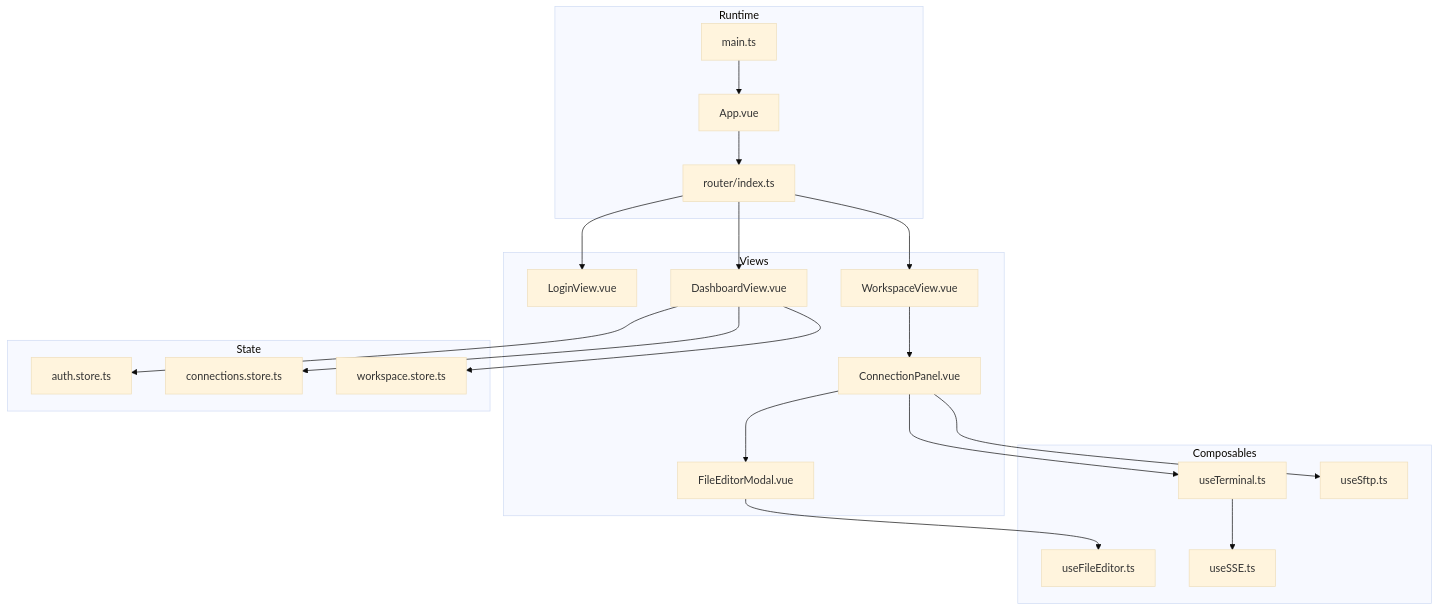
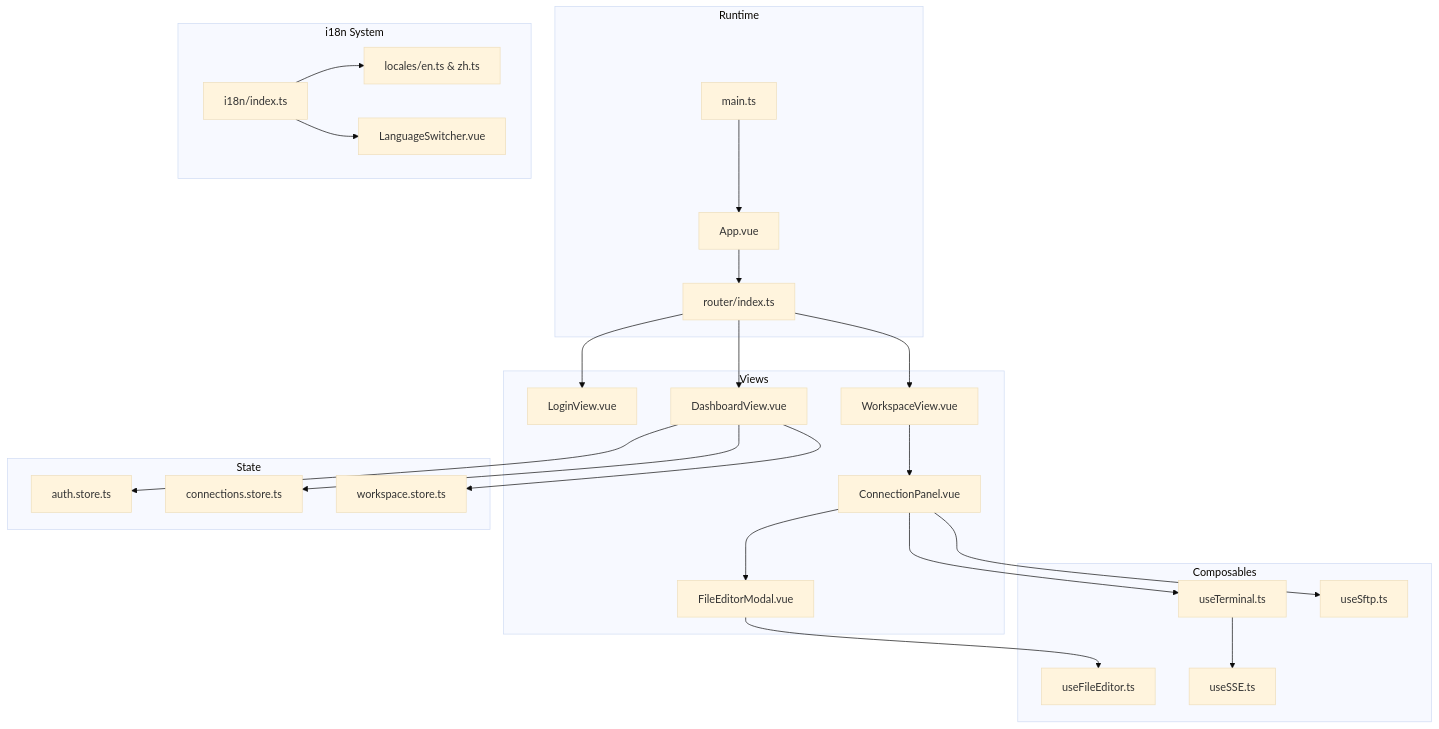
Before and after one commit to alickjoe/webterm: the first of 10 diagrams in .qoder/repowiki/en/content/Frontend Application Architecture/Frontend Application Architecture.md, drawn with Mermaid (base theme). The commit also changed other lines of this file and 3 other files, not shown here.

First line of the commit message:
docs(architecture): 更新架构概览文档内容排版和格式

````diff
--- a/.qoder/repowiki/en/content/Frontend Application Architecture/Frontend Application Architecture.md
+++ b/.qoder/repowiki/en/content/Frontend Application Architecture/Frontend Application Architecture.md
@@ -46,40 +60,47 @@
 ```mermaid
 graph TB
 subgraph "Runtime"
 A_App["App.vue"]
 A_Main["main.ts"]
 R_Index["router/index.ts"]
 end
 subgraph "Views"
 V_Login["LoginView.vue"]
 V_Dash["DashboardView.vue"]
 V_WS["WorkspaceView.vue"]
 V_CP["ConnectionPanel.vue"]
 V_Edit["FileEditorModal.vue"]
 end
 subgraph "State"
 S_Auth["auth.store.ts"]
 S_Conn["connections.store.ts"]
 S_WS["workspace.store.ts"]
 end
 subgraph "Composables"
 C_Term["useTerminal.ts"]
 C_SFTP["useSftp.ts"]
 C_File["useFileEditor.ts"]
 C_SSE["useSSE.ts"]
 end
+subgraph "i18n System"
+I_Index["i18n/index.ts"]
+I_Locales["locales/en.ts & zh.ts"]
+I_Switcher["LanguageSwitcher.vue"]
+end
 A_Main --> A_App
 A_App --> R_Index
 R_Index --> V_Login
 R_Index --> V_Dash
 R_Index --> V_WS
 V_Dash --> S_Auth
 V_Dash --> S_Conn
 V_Dash --> S_WS
 V_WS --> V_CP
 V_CP --> C_Term
 V_CP --> C_SFTP
 V_CP --> V_Edit
 V_Edit --> C_File
 C_Term --> C_SSE
+I_Index --> I_Locales
+I_Index --> I_Switcher
 ```
````
